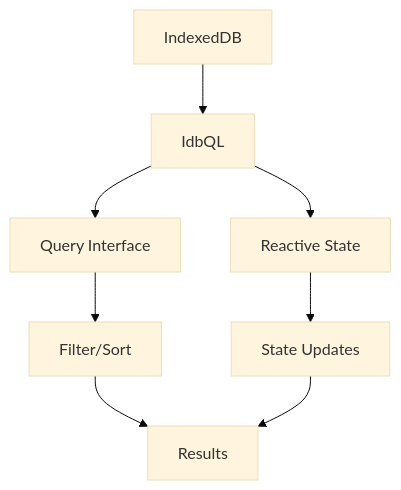
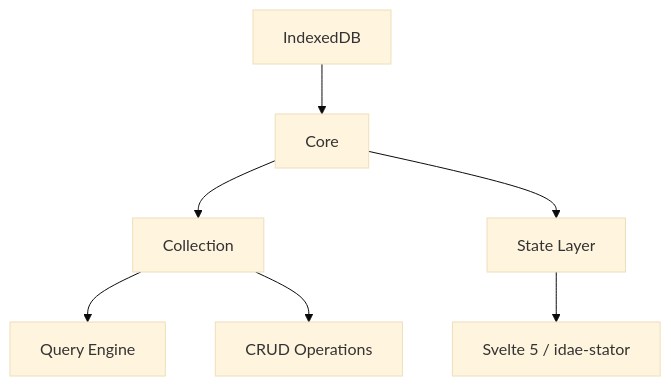
The diagram in packages/idae-idbql/README.md (medyll/idae), drawn with Mermaid (base theme) before and after one commit. The commit also changed other lines of this file and 17 other files, not shown here.

First line of the commit message:
feat: update package names and improve documentation for idae-slotui, idae-socket, idae-stator, and idae-sync

````diff
--- a/packages/idae-idbql/README.md
+++ b/packages/idae-idbql/README.md
@@ -7,10 +112,9 @@
 ```mermaid
 graph TD
-    A[IndexedDB] --> B[IdbQL]
-    B --> C[Query Interface]
-    B --> D[Reactive State]
-    C --> E[Filter/Sort]
-    D --> F[State Updates]
-    E --> G[Results]
-    F --> G
+    A[IndexedDB] --> B[Core]
+    B --> C[Collection]
+    C --> D[Query Engine]
+    C --> E[CRUD Operations]
+    B --> F[State Layer]
+    F --> G[Svelte 5 / idae-stator]
 ```
````
